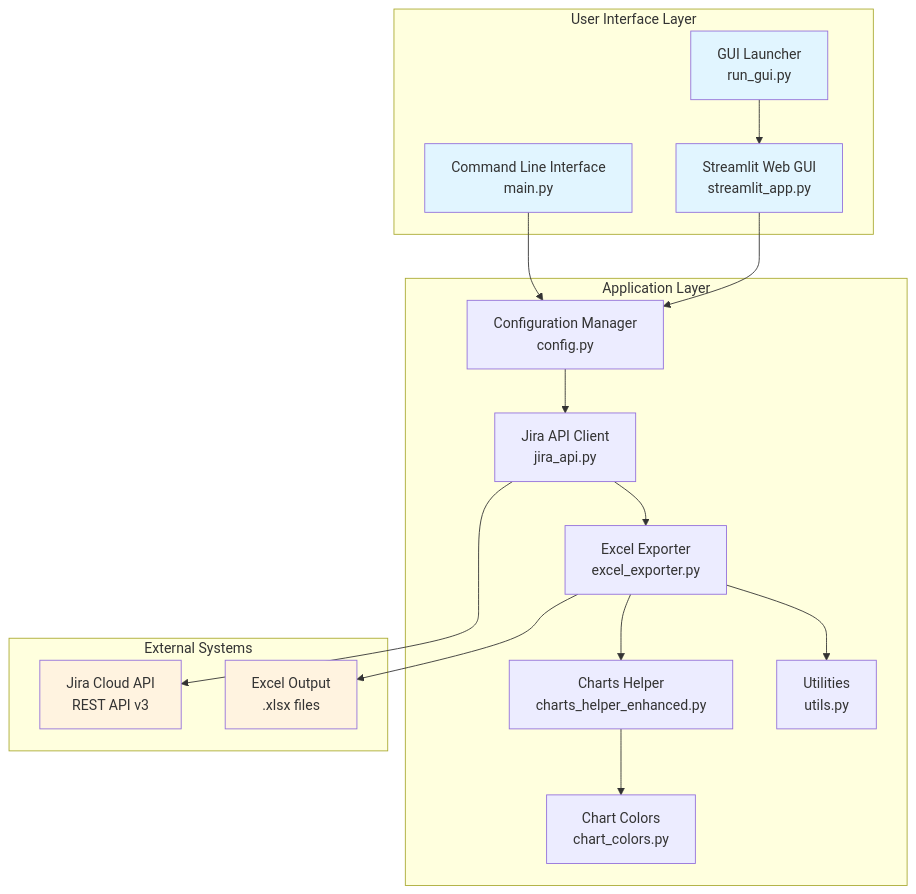
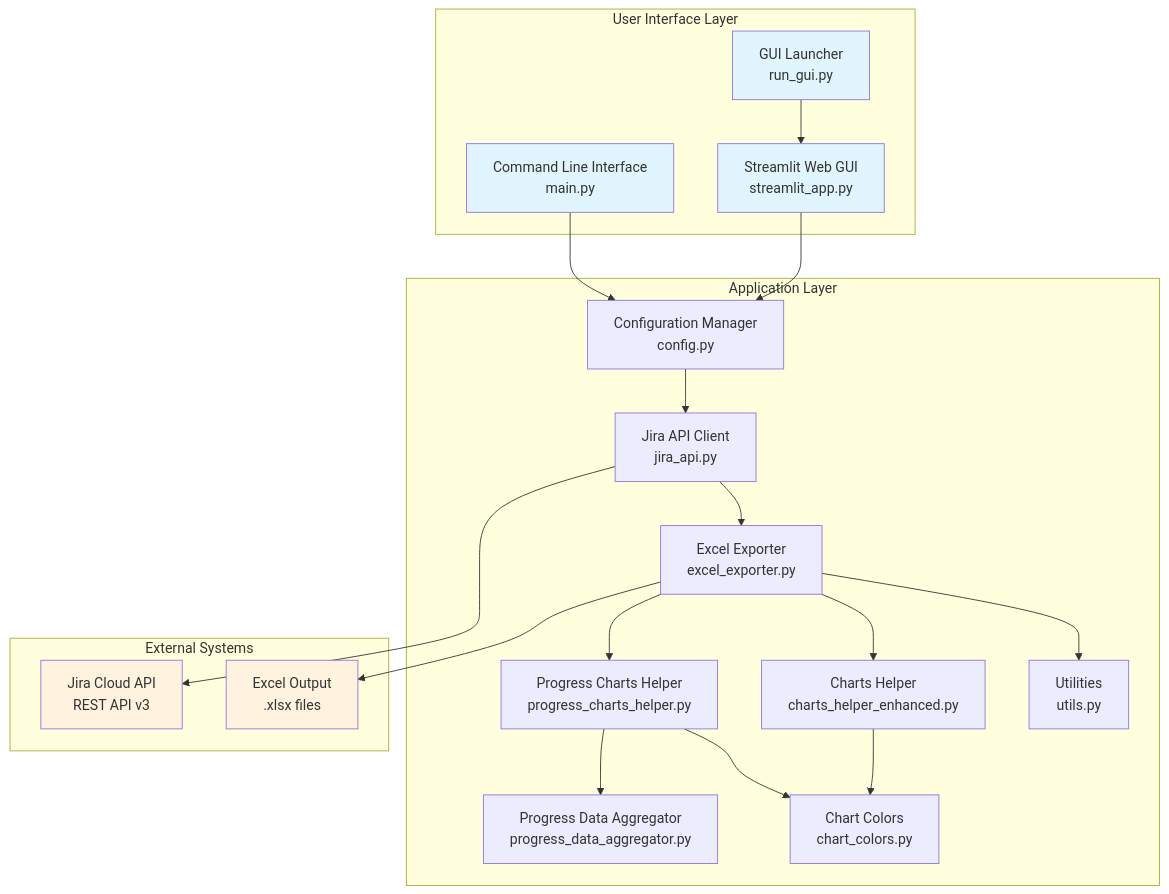
The first of 5 diagrams in docs/architecture.md (felipe-stanham/Jira-API-Extractor), drawn with Mermaid before and after one commit. The commit also changed other lines of this file and 4 other files, not shown here.

````diff
--- a/docs/architecture.md
+++ b/docs/architecture.md
@@ -7,42 +7,47 @@
 ```mermaid
 graph TB
     subgraph "User Interface Layer"
         CLI[Command Line Interface<br/>main.py]
         GUI[Streamlit Web GUI<br/>streamlit_app.py]
         LAUNCHER[GUI Launcher<br/>run_gui.py]
     end
     
     subgraph "Application Layer"
         CONFIG[Configuration Manager<br/>config.py]
         JIRA[Jira API Client<br/>jira_api.py]
         EXCEL[Excel Exporter<br/>excel_exporter.py]
         CHARTS[Charts Helper<br/>charts_helper_enhanced.py]
+        PROGRESS_CHARTS[Progress Charts Helper<br/>progress_charts_helper.py]
+        PROGRESS_DATA[Progress Data Aggregator<br/>progress_data_aggregator.py]
         UTILS[Utilities<br/>utils.py]
         COLORS[Chart Colors<br/>chart_colors.py]
     end
     
     subgraph "External Systems"
         JIRA_API[Jira Cloud API<br/>REST API v3]
         EXCEL_FILE[Excel Output<br/>.xlsx files]
     end
     
     CLI --> CONFIG
     GUI --> CONFIG
     LAUNCHER --> GUI
     
     CONFIG --> JIRA
     JIRA --> JIRA_API
     
     JIRA --> EXCEL
     EXCEL --> CHARTS
+    EXCEL --> PROGRESS_CHARTS
+    PROGRESS_CHARTS --> PROGRESS_DATA
+    PROGRESS_CHARTS --> COLORS
     CHARTS --> COLORS
     EXCEL --> UTILS
     
     EXCEL --> EXCEL_FILE
     
     style CLI fill:#e1f5ff
     style GUI fill:#e1f5ff
     style LAUNCHER fill:#e1f5ff
     style JIRA_API fill:#fff3e0
     style EXCEL_FILE fill:#fff3e0
 ```
````
